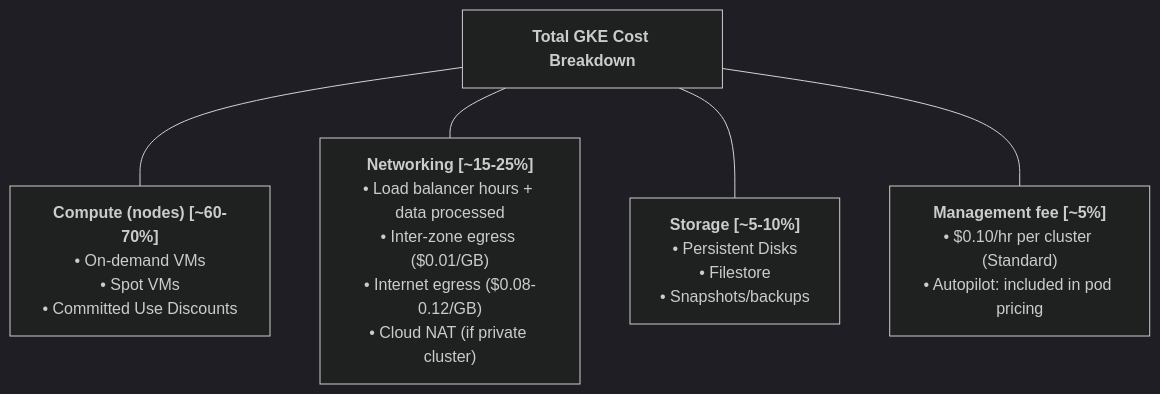
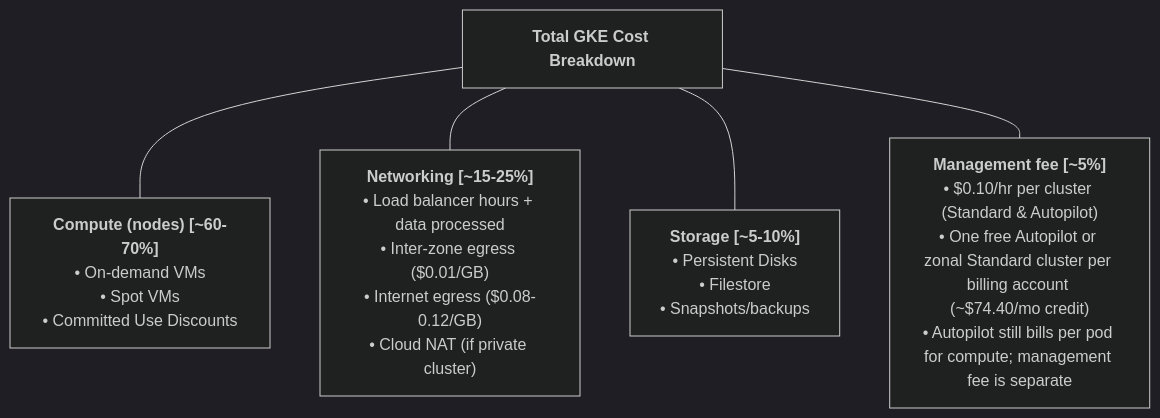
One commit to kube-dojo/kube-dojo changed the fourth of 4 diagrams in src/content/docs/cloud/gke-deep-dive/module-6.5-gke-fleet.md. Above: the diagram before and after it, drawn with Mermaid (dark theme). The commit also changed other lines of this file and 1 other file, not shown here.

````diff
--- a/src/content/docs/cloud/gke-deep-dive/module-6.5-gke-fleet.md
+++ b/src/content/docs/cloud/gke-deep-dive/module-6.5-gke-fleet.md
@@ -667,14 +687,14 @@
 ```mermaid
 flowchart TD
     Cost["<b>Total GKE Cost Breakdown</b>"]
     
     Compute["<b>Compute (nodes) [~60-70%]</b><br/>• On-demand VMs<br/>• Spot VMs<br/>• Committed Use Discounts"]
     Networking["<b>Networking [~15-25%]</b><br/>• Load balancer hours + data processed<br/>• Inter-zone egress ($0.01/GB)<br/>• Internet egress ($0.08-0.12/GB)<br/>• Cloud NAT (if private cluster)"]
     Storage["<b>Storage [~5-10%]</b><br/>• Persistent Disks<br/>• Filestore<br/>• Snapshots/backups"]
-    Mgmt["<b>Management fee [~5%]</b><br/>• $0.10/hr per cluster (Standard)<br/>• Autopilot: included in pod pricing"]
+    Mgmt["<b>Management fee [~5%]</b><br/>• $0.10/hr per cluster (Standard & Autopilot)<br/>• One free Autopilot or zonal Standard cluster per billing account (~$74.40/mo credit)<br/>• Autopilot still bills per pod for compute; management fee is separate"]
     
     Cost --- Compute
     Cost --- Networking
     Cost --- Storage
     Cost --- Mgmt
 ```
````
